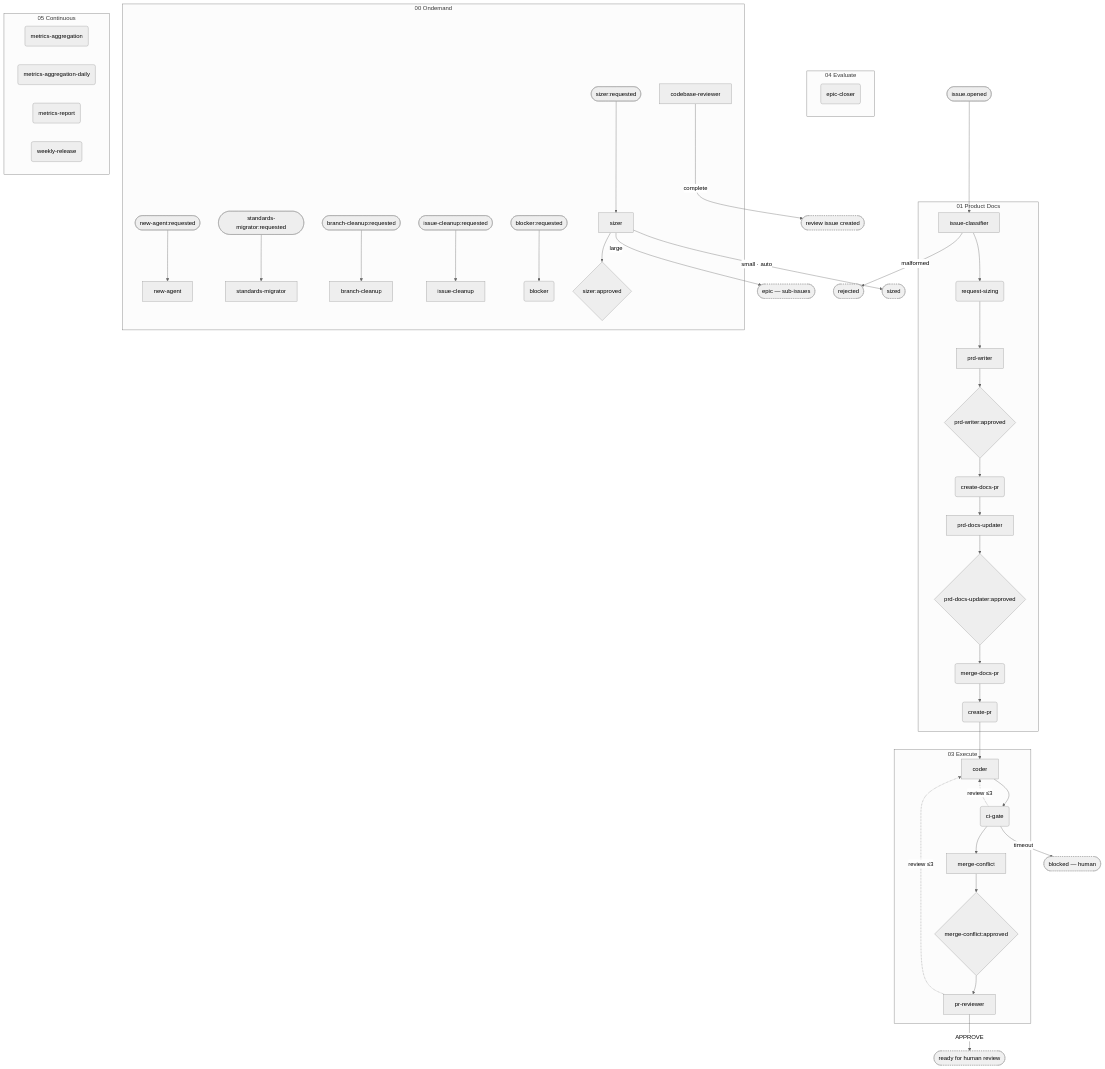
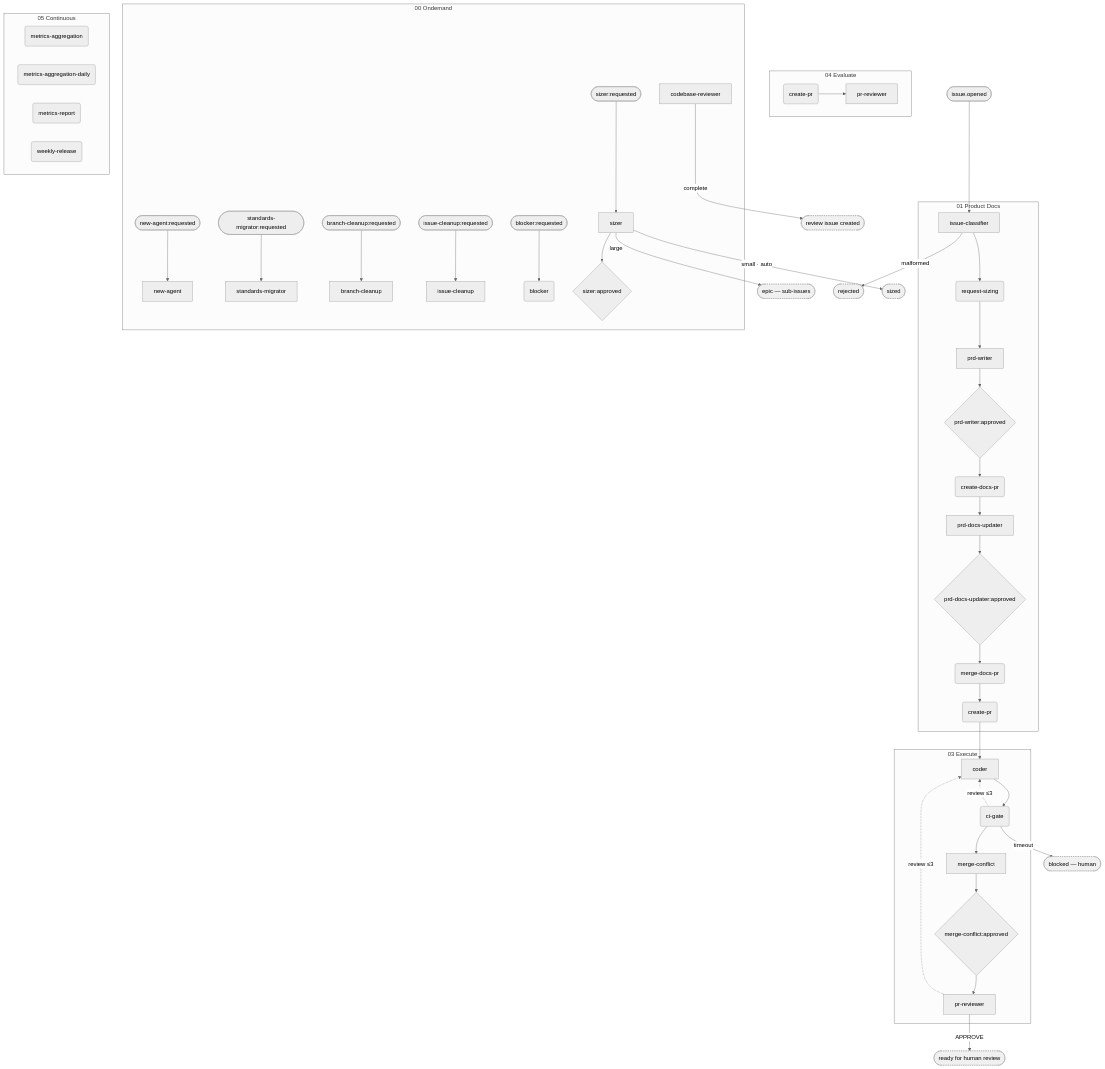
The diagram in docs/product/orchestrator/generated/pipeline_phases.mmd (M-A-Operating-System/ai-coding-standards2), drawn with Mermaid (neutral theme) before and after one commit. The commit also changed 4 other files, not shown here.

Commit message:
chore: regenerate pipeline diagrams

```diff
--- a/docs/product/orchestrator/generated/pipeline_phases.mmd
+++ b/docs/product/orchestrator/generated/pipeline_phases.mmd
@@ -1,81 +1,83 @@
 flowchart TD
     entry_n_01_product_docs__issue_classifier(["issue.opened"])
     subgraph 01_product_docs["01 Product Docs"]
         n_01_product_docs__issue_classifier["issue-classifier"]
         n_01_product_docs__request_sizing("request-sizing")
         n_01_product_docs__prd_writer["prd-writer"]
         n_01_product_docs__create_docs_pr("create-docs-pr")
         n_01_product_docs__prd_docs_updater["prd-docs-updater"]
         n_01_product_docs__merge_docs_pr("merge-docs-pr")
         n_01_product_docs__create_pr("create-pr")
         gate__n_01_product_docs__prd_writer{"prd-writer:approved"}
         gate__n_01_product_docs__prd_docs_updater{"prd-docs-updater:approved"}
     end
     subgraph 03_execute["03 Execute"]
         n_03_execute__coder["coder"]
         n_03_execute__ci_gate("ci-gate")
         n_03_execute__merge_conflict["merge-conflict"]
         n_03_execute__pr_reviewer["pr-reviewer"]
         gate__n_03_execute__merge_conflict{"merge-conflict:approved"}
     end
     subgraph 04_evaluate["04 Evaluate"]
-        n_04_evaluate__epic_closer("epic-closer")
+        n_04_evaluate__create_pr("create-pr")
+        n_04_evaluate__pr_reviewer["pr-reviewer"]
     end
     subgraph 00_ondemand["00 Ondemand"]
         entry_n_00_ondemand__sizer(["sizer:requested"])
         entry_n_00_ondemand__new_agent(["new-agent:requested"])
         entry_n_00_ondemand__standards_migrator(["standards-migrator:requested"])
         entry_n_00_ondemand__branch_cleanup(["branch-cleanup:requested"])
         entry_n_00_ondemand__issue_cleanup(["issue-cleanup:requested"])
         entry_n_00_ondemand__blocker(["blocker:requested"])
         n_00_ondemand__codebase_reviewer["codebase-reviewer"]
         n_00_ondemand__sizer["sizer"]
         n_00_ondemand__new_agent["new-agent"]
         n_00_ondemand__standards_migrator["standards-migrator"]
         n_00_ondemand__branch_cleanup["branch-cleanup"]
         n_00_ondemand__issue_cleanup["issue-cleanup"]
         n_00_ondemand__blocker("blocker")
         gate__n_00_ondemand__sizer{"sizer:approved"}
     end
     subgraph 05_continuous["05 Continuous"]
         n_05_continuous__metrics_aggregation("metrics-aggregation")
         n_05_continuous__metrics_aggregation_daily("metrics-aggregation-daily")
         n_05_continuous__metrics_report("metrics-report")
         n_05_continuous__weekly_release("weekly-release")
     end
     term_blocked(["blocked — human"]):::term
     term_cr_done(["review issue created"]):::term
     term_epic(["epic — sub-issues"]):::term
     term_ready(["ready for human review"]):::term
     term_rejected(["rejected"]):::term
     term_sized(["sized"]):::term
     entry_n_01_product_docs__issue_classifier --> n_01_product_docs__issue_classifier
     entry_n_00_ondemand__sizer --> n_00_ondemand__sizer
     entry_n_00_ondemand__new_agent --> n_00_ondemand__new_agent
     entry_n_00_ondemand__standards_migrator --> n_00_ondemand__standards_migrator
     entry_n_00_ondemand__branch_cleanup --> n_00_ondemand__branch_cleanup
     entry_n_00_ondemand__issue_cleanup --> n_00_ondemand__issue_cleanup
     entry_n_00_ondemand__blocker --> n_00_ondemand__blocker
     n_01_product_docs__prd_writer --> gate__n_01_product_docs__prd_writer
     n_01_product_docs__prd_docs_updater --> gate__n_01_product_docs__prd_docs_updater
     n_03_execute__merge_conflict --> gate__n_03_execute__merge_conflict
     n_00_ondemand__sizer --> gate__n_00_ondemand__sizer
     n_01_product_docs__issue_classifier --> n_01_product_docs__request_sizing
     n_01_product_docs__request_sizing --> n_01_product_docs__prd_writer
     gate__n_01_product_docs__prd_writer --> n_01_product_docs__create_docs_pr
     n_01_product_docs__create_docs_pr --> n_01_product_docs__prd_docs_updater
     gate__n_01_product_docs__prd_docs_updater --> n_01_product_docs__merge_docs_pr
     n_01_product_docs__merge_docs_pr --> n_01_product_docs__create_pr
     n_01_product_docs__create_pr --> n_03_execute__coder
     n_03_execute__coder --> n_03_execute__ci_gate
     n_03_execute__ci_gate --> n_03_execute__merge_conflict
     gate__n_03_execute__merge_conflict --> n_03_execute__pr_reviewer
+    n_04_evaluate__create_pr --> n_04_evaluate__pr_reviewer
     n_03_execute__ci_gate -. review ≤3 .-> n_03_execute__coder
     n_03_execute__pr_reviewer -. review ≤3 .-> n_03_execute__coder
     n_01_product_docs__issue_classifier -->|malformed| term_rejected
     n_03_execute__ci_gate -->|timeout| term_blocked
     n_03_execute__pr_reviewer -->|APPROVE| term_ready
     n_00_ondemand__sizer -->|small · auto| term_sized
     n_00_ondemand__sizer -->|large| term_epic
     n_00_ondemand__codebase_reviewer -->|complete| term_cr_done
     classDef term fill:#f0f0f0,stroke:#999,stroke-dasharray:3
```
